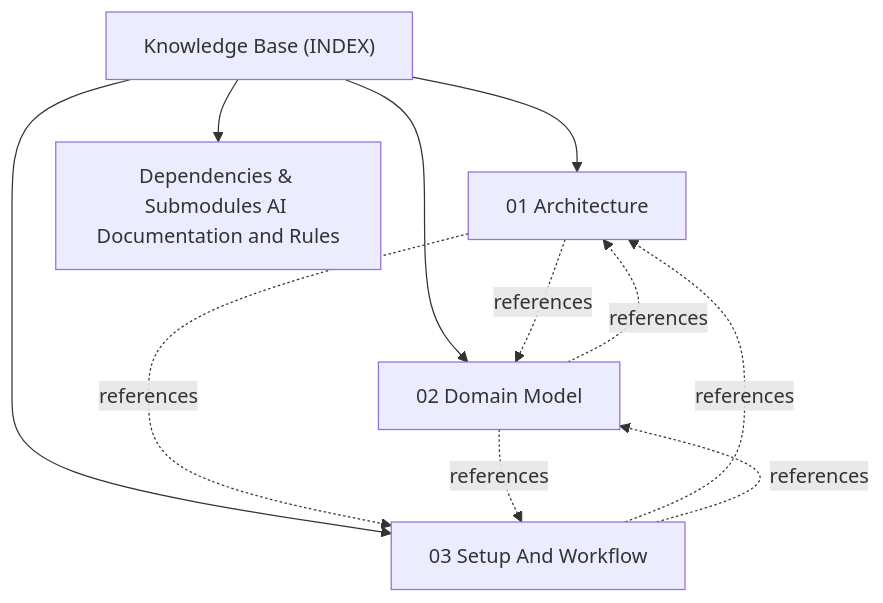
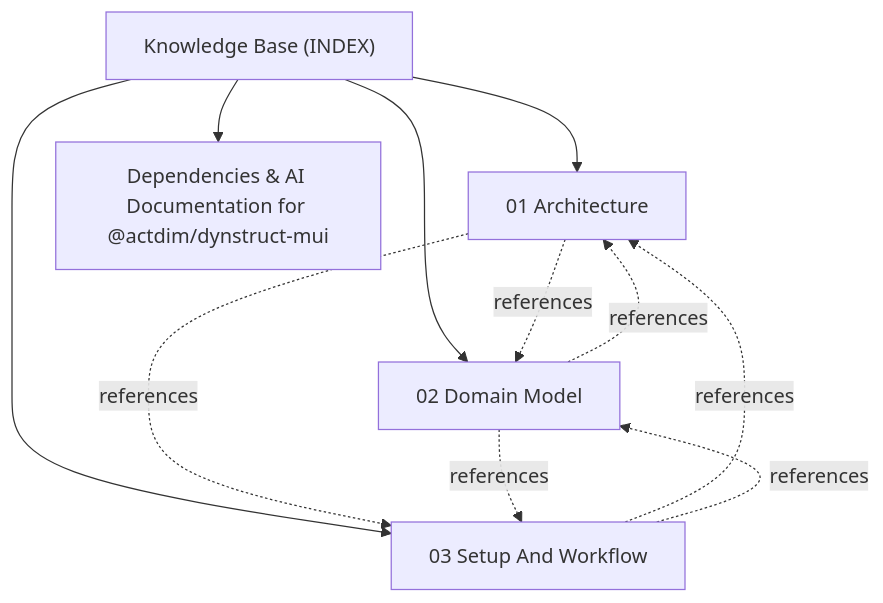
The diagram in docs/INDEX.md (actdim/dynstruct-mui), drawn with Mermaid before and after one commit. The commit also changed other lines of this file and 3 other files, not shown here.

````diff
--- a/docs/INDEX.md
+++ b/docs/INDEX.md
@@ -17,18 +17,18 @@
 ```mermaid
 flowchart TD
     INDEX["Knowledge Base (INDEX)"]
     T_ARCHITECTURE["01 Architecture"]
     INDEX --> T_ARCHITECTURE
-    T_DEPENDENCIES["Dependencies & Submodules AI Documentation and Rules"]
+    T_DEPENDENCIES["Dependencies & AI Documentation for @actdim/dynstruct-mui"]
     INDEX --> T_DEPENDENCIES
     T_DOMAIN_MODEL["02 Domain Model"]
     INDEX --> T_DOMAIN_MODEL
     T_SETUP_AND_WORKFLOW["03 Setup And Workflow"]
     INDEX --> T_SETUP_AND_WORKFLOW
     T_ARCHITECTURE -.->|references| T_DOMAIN_MODEL
     T_ARCHITECTURE -.->|references| T_SETUP_AND_WORKFLOW
     T_DOMAIN_MODEL -.->|references| T_ARCHITECTURE
     T_DOMAIN_MODEL -.->|references| T_SETUP_AND_WORKFLOW
     T_SETUP_AND_WORKFLOW -.->|references| T_ARCHITECTURE
     T_SETUP_AND_WORKFLOW -.->|references| T_DOMAIN_MODEL
 ```
````
